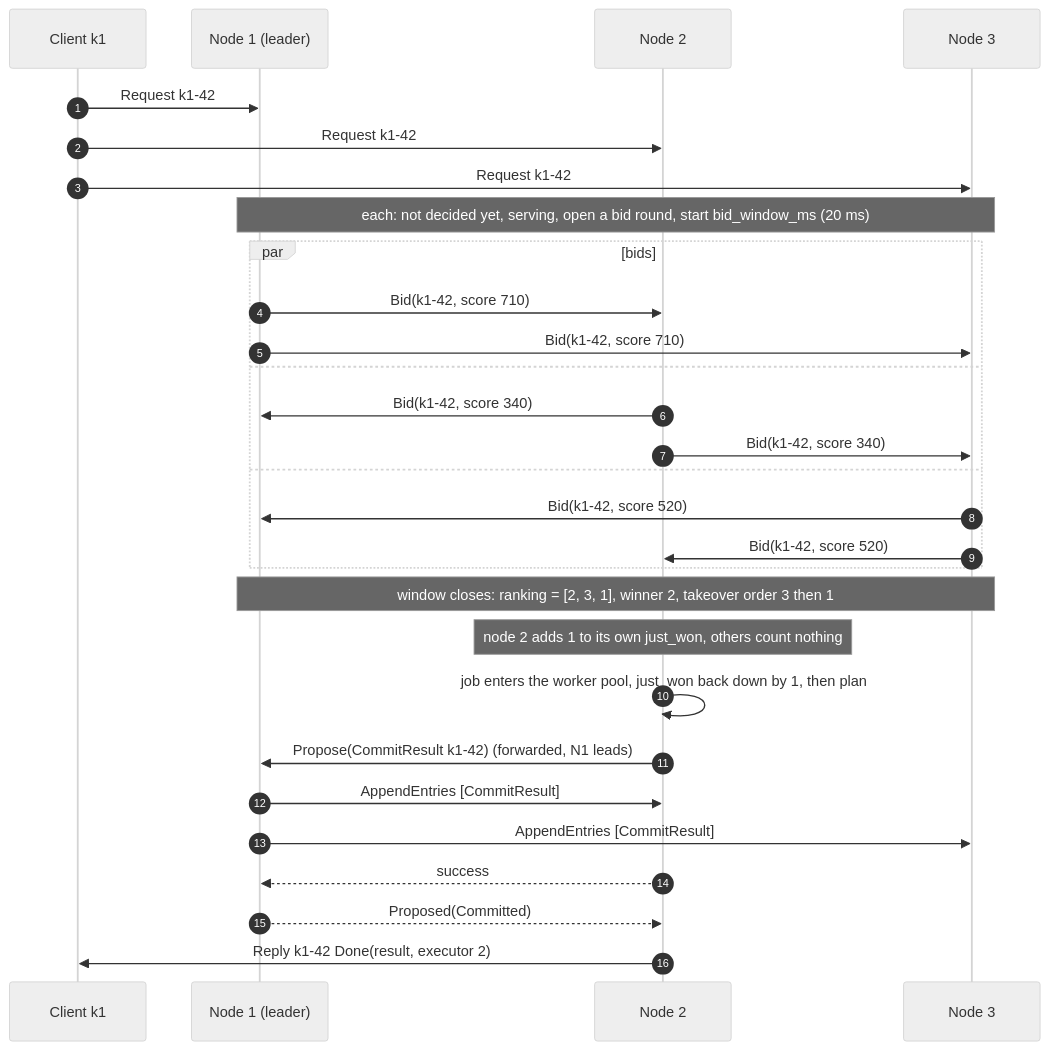
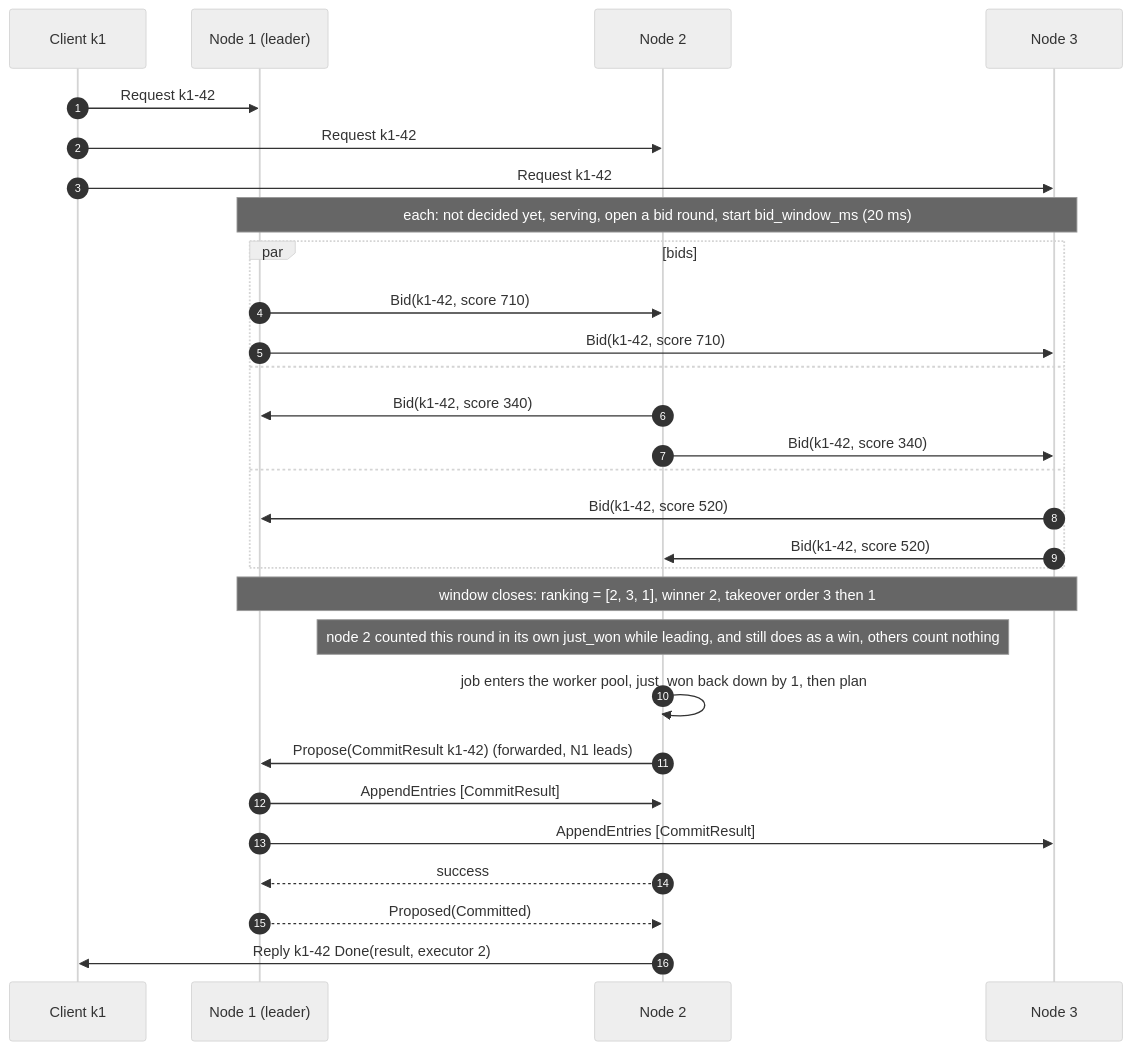
Before and after one commit to noortaytoy1/DistributedSystems: diagram 12 of 26 in docs/architecture.md, drawn with Mermaid (neutral theme). The commit also changed other lines of this file and 2 other files, not shown here.

````diff
--- a/docs/architecture.md
+++ b/docs/architecture.md
@@ -485,31 +485,31 @@
 ```mermaid
 sequenceDiagram
     autonumber
     participant K as Client k1
     participant N1 as Node 1 (leader)
     participant N2 as Node 2
     participant N3 as Node 3
     K->>N1: Request k1-42
     K->>N2: Request k1-42
     K->>N3: Request k1-42
     Note over N1,N3: each: not decided yet, serving, open a bid round, start bid_window_ms (20 ms)
     par bids
         N1->>N2: Bid(k1-42, score 710)
         N1->>N3: Bid(k1-42, score 710)
     and
         N2->>N1: Bid(k1-42, score 340)
         N2->>N3: Bid(k1-42, score 340)
     and
         N3->>N1: Bid(k1-42, score 520)
         N3->>N2: Bid(k1-42, score 520)
     end
     Note over N1,N3: window closes: ranking = [2, 3, 1], winner 2, takeover order 3 then 1
-    Note over N2: node 2 adds 1 to its own just_won, others count nothing
+    Note over N2: node 2 counted this round in its own just_won while leading, and still does as a win, others count nothing
     N2->>N2: job enters the worker pool, just_won back down by 1, then plan
     N2->>N1: Propose(CommitResult k1-42) (forwarded, N1 leads)
     N1->>N2: AppendEntries [CommitResult]
     N1->>N3: AppendEntries [CommitResult]
     N2-->>N1: success
     N1-->>N2: Proposed(Committed)
     N2->>K: Reply k1-42 Done(result, executor 2)
 ```
````
